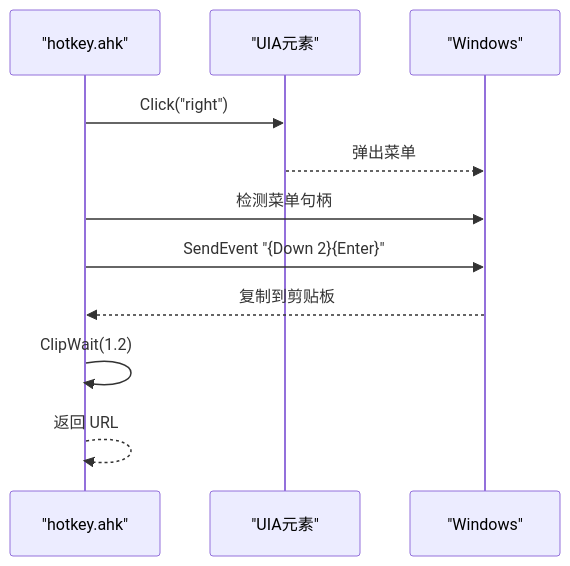
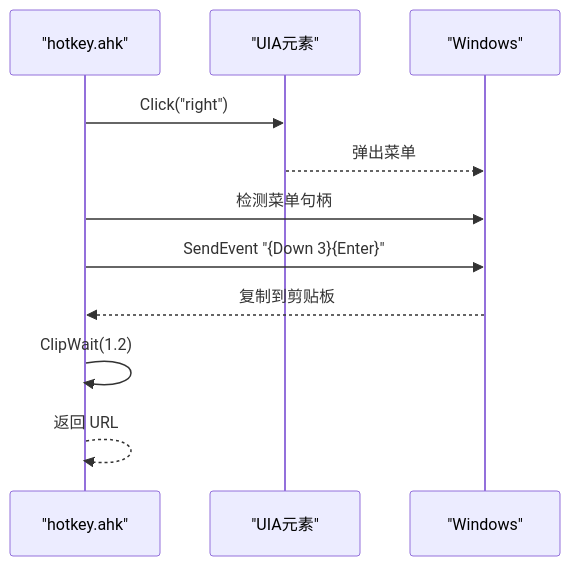
Before and after one commit to wangys-123doit/hotkey: the fifth of 7 diagrams in .qoder/repowiki/zh/content/外部工具集成/微信文章处理系统.md, drawn with Mermaid. The commit also changed other lines of this file and 8 other files, not shown here.

````diff
--- a/.qoder/repowiki/zh/content/外部工具集成/微信文章处理系统.md
+++ b/.qoder/repowiki/zh/content/外部工具集成/微信文章处理系统.md
@@ -173,13 +185,13 @@
 ```mermaid
 sequenceDiagram
 participant HK as "hotkey.ahk"
 participant UIA as "UIA元素"
 participant OS as "Windows"
 HK->>UIA : Click("right")
 UIA-->>OS : 弹出菜单
 HK->>OS : 检测菜单句柄
-HK->>OS : SendEvent "{Down 2}{Enter}"
+HK->>OS : SendEvent "{Down 3}{Enter}"
 OS-->>HK : 复制到剪贴板
 HK->>HK : ClipWait(1.2)
 HK-->>HK : 返回 URL
 ```
````
